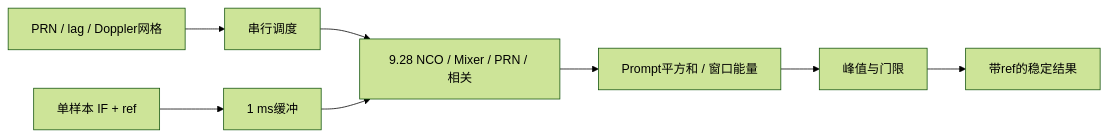
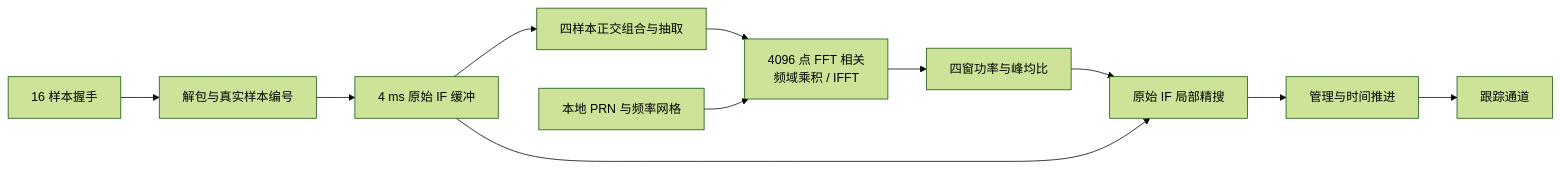
One commit to Ultramarine-1011/B1I_Receiver_EDA changed the diagram in docs/ACQUISITION_REPORT.md. Above: the diagram before and after it, drawn with Mermaid (forest theme). The commit also changed other lines of this file and 31 other files, not shown here.

````diff
--- a/docs/ACQUISITION_REPORT.md
+++ b/docs/ACQUISITION_REPORT.md
@@ -9,10 +34,13 @@
 ```mermaid
 flowchart LR
-    IF[单样本 IF + ref] --> CAP[1 ms缓冲]
-    REQ[PRN / lag / Doppler网格] --> FSM[串行调度]
-    FSM --> FE[9.28 NCO / Mixer / PRN / 相关]
-    CAP --> FE
-    FE --> POW[Prompt平方和 / 窗口能量]
-    POW --> MAX[峰值与门限]
-    MAX --> RES[带ref的稳定结果]
+    IF[16 样本握手] --> U[解包与真实样本编号]
+    U --> BUF[4 ms 原始 IF 缓冲]
+    BUF --> DEC[四样本正交组合与抽取]
+    DEC --> FFT["4096 点 FFT 相关<br/>频域乘积 / IFFT"]
+    PRN[本地 PRN 与频率网格] --> FFT
+    FFT --> P[四窗功率与峰均比]
+    P --> FINE[原始 IF 局部精搜]
+    BUF --> FINE
+    FINE --> M[管理与时间推进]
+    M --> T[跟踪通道]
 ```
````
